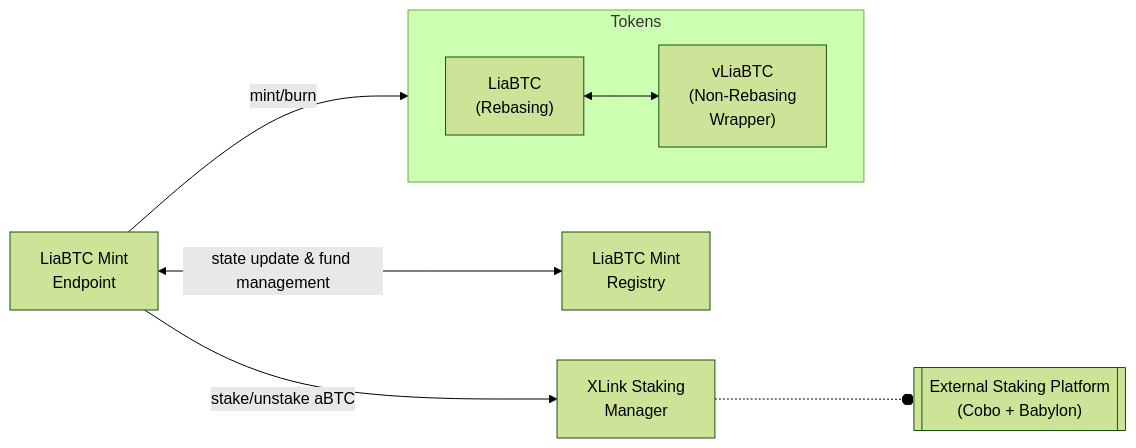
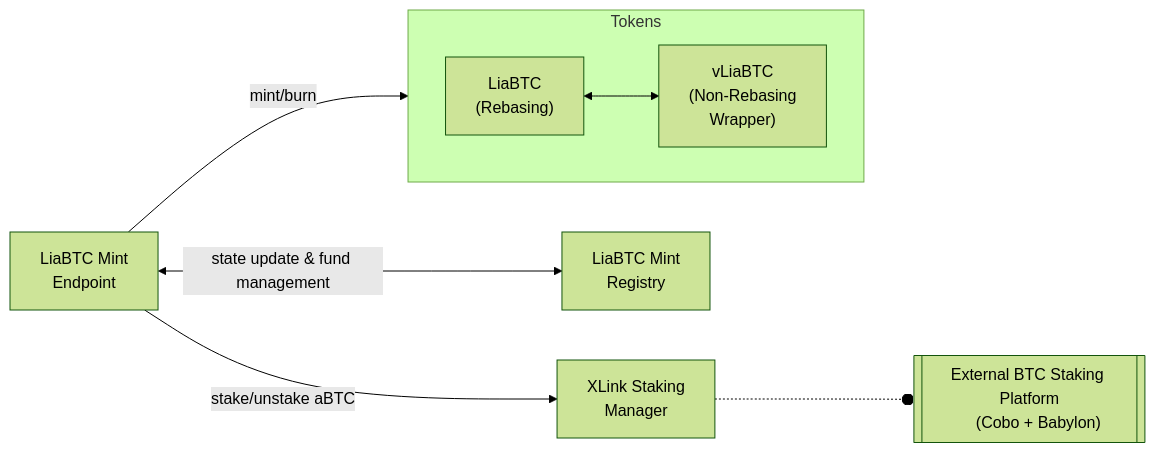
Before and after one commit to lisalab-io/docs: the diagram in developers/contracts/README.md, drawn with Mermaid (forest theme). The commit also changed other lines of this file, not shown here.

Commit message:
devs: finish glue docs on LiaBTC and minimal DAO comments

````diff
--- a/developers/contracts/README.md
+++ b/developers/contracts/README.md
@@ -22,28 +27,27 @@
 ```mermaid
 flowchart LR
 
     mint[LiaBTC Mint
     Endpoint]
     reg[LiaBTC Mint
     Registry]
     mint <--state update & fund management--> reg
-
 
     subgraph Tokens
     direction LR
     lia["LiaBTC
     (Rebasing)"]
     wrap["vLiaBTC
     (Non-Rebasing
     Wrapper)"]
     lia <--> wrap
     end
 
     mint --stake/unstake aBTC--> sm[XLink Staking
     Manager]
 
     mint --mint/burn--> lia
 
-    sm -.-o stake[["External Staking Platform 
+    sm -.-o stake[["External BTC Staking Platform
     (Cobo + Babylon)"]]
 ```
````
